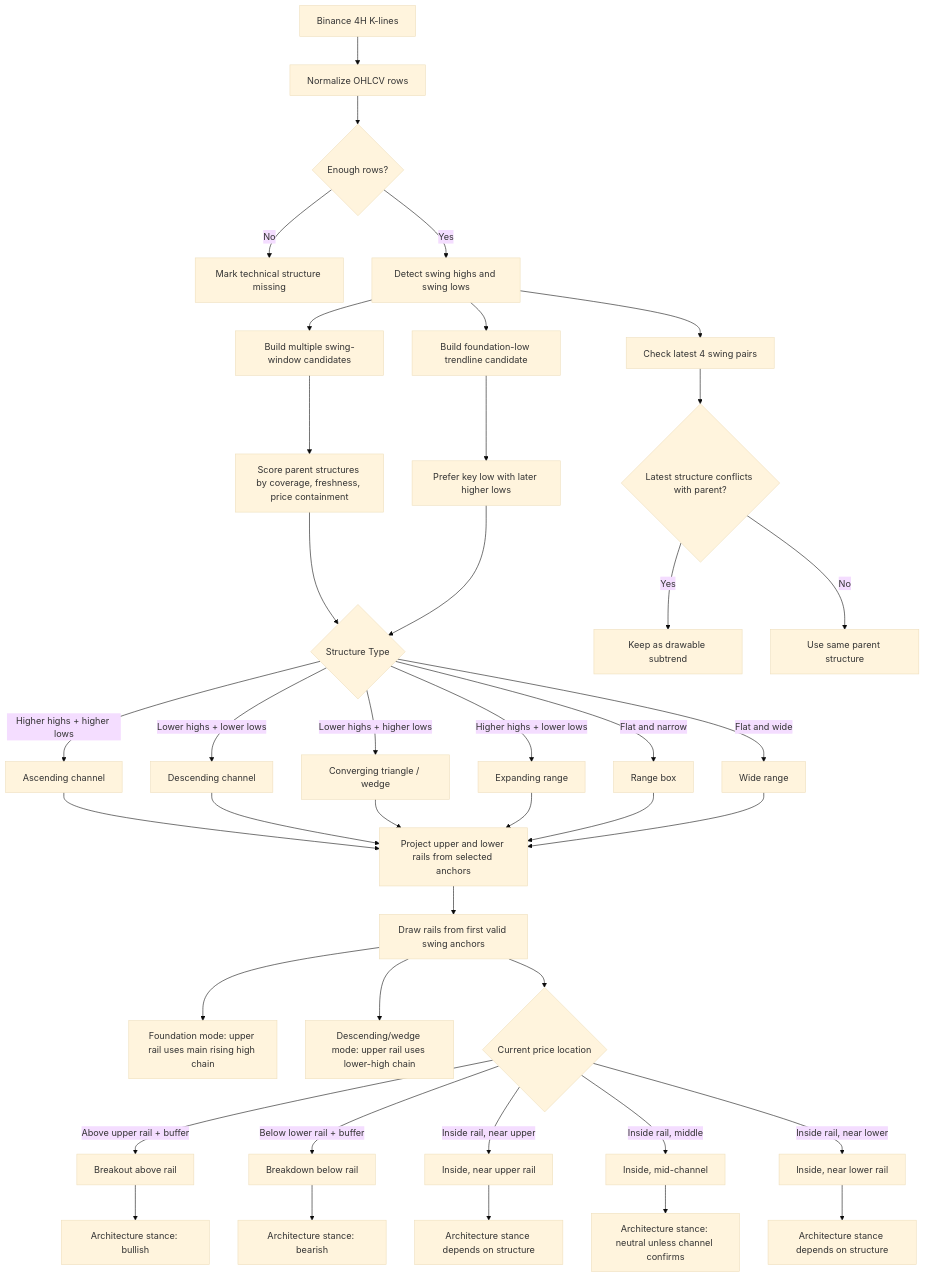
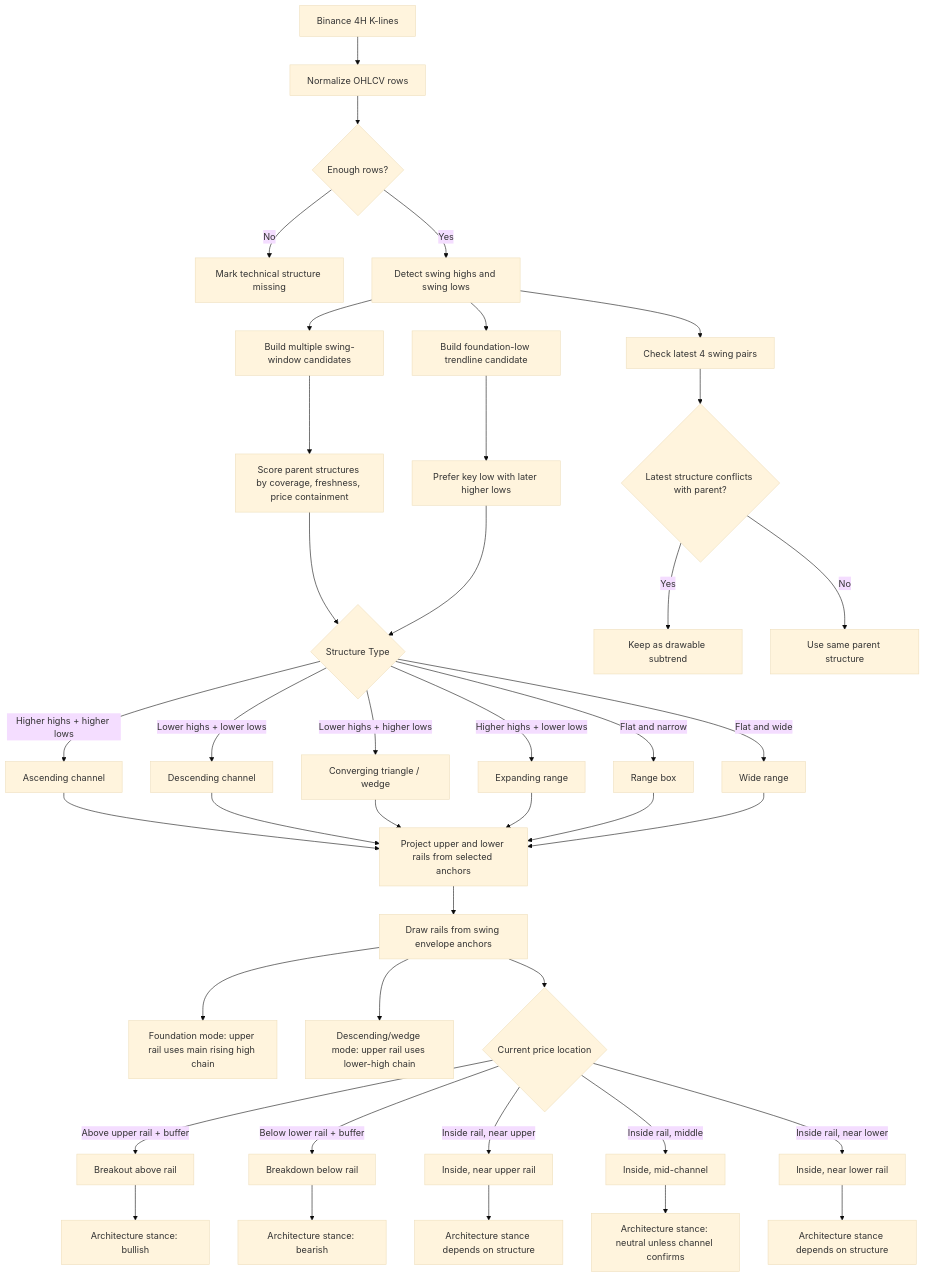
One commit to Lzh-xbccz/hermes-finance changed the first of 3 diagrams in docs/TECHNICAL_ARCHITECTURE.md. Above: the diagram before and after it, drawn with Mermaid (base theme). The commit also changed other lines of this file and 5 other files, not shown here.

Commit message:
fix: use envelope rails for crypto structure

````diff
--- a/docs/TECHNICAL_ARCHITECTURE.md
+++ b/docs/TECHNICAL_ARCHITECTURE.md
@@ -7,49 +7,49 @@
 ```mermaid
 flowchart TD
     A[Binance 4H K-lines] --> B[Normalize OHLCV rows]
     B --> C{Enough rows?}
     C -- No --> C1[Mark technical structure missing]
     C -- Yes --> D[Detect swing highs and swing lows]
 
     D --> E[Build multiple swing-window candidates]
     D --> E1[Build foundation-low trendline candidate]
     E --> F[Score parent structures by coverage, freshness, price containment]
     E1 --> F1[Prefer key low with later higher lows]
     F --> G{Structure Type}
     F1 --> G
 
     G -- Higher highs + higher lows --> G1[Ascending channel]
     G -- Lower highs + lower lows --> G2[Descending channel]
     G -- Lower highs + higher lows --> G3[Converging triangle / wedge]
     G -- Higher highs + lower lows --> G4[Expanding range]
     G -- Flat and narrow --> G5[Range box]
     G -- Flat and wide --> G6[Wide range]
 
     G1 --> H[Project upper and lower rails from selected anchors]
     G2 --> H
     G3 --> H
     G4 --> H
     G5 --> H
     G6 --> H
 
-    H --> H1[Draw rails from first valid swing anchors]
+    H --> H1[Draw rails from swing envelope anchors]
     H1 --> H6[Foundation mode: upper rail uses main rising high chain]
     H1 --> H7[Descending/wedge mode: upper rail uses lower-high chain]
     D --> H2[Check latest 4 swing pairs]
     H2 --> H3{Latest structure conflicts with parent?}
     H3 -- Yes --> H4[Keep as drawable subtrend]
     H3 -- No --> H5[Use same parent structure]
 
     H1 --> I{Current price location}
     I -- Above upper rail + buffer --> I1[Breakout above rail]
     I -- Below lower rail + buffer --> I2[Breakdown below rail]
     I -- Inside rail, near upper --> I3[Inside, near upper rail]
     I -- Inside rail, middle --> I4[Inside, mid-channel]
     I -- Inside rail, near lower --> I5[Inside, near lower rail]
 
     I1 --> J1[Architecture stance: bullish]
     I2 --> J2[Architecture stance: bearish]
     I3 --> J3[Architecture stance depends on structure]
     I4 --> J4[Architecture stance: neutral unless channel confirms]
     I5 --> J5[Architecture stance depends on structure]
 ```
````
